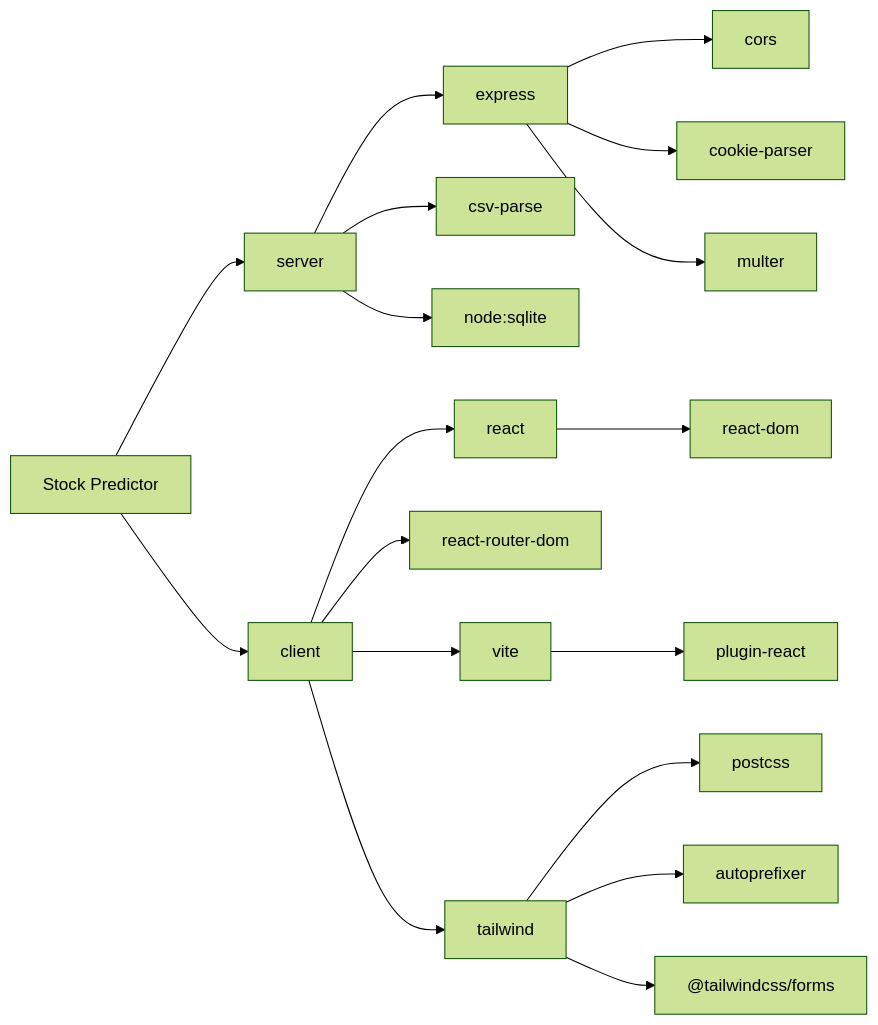
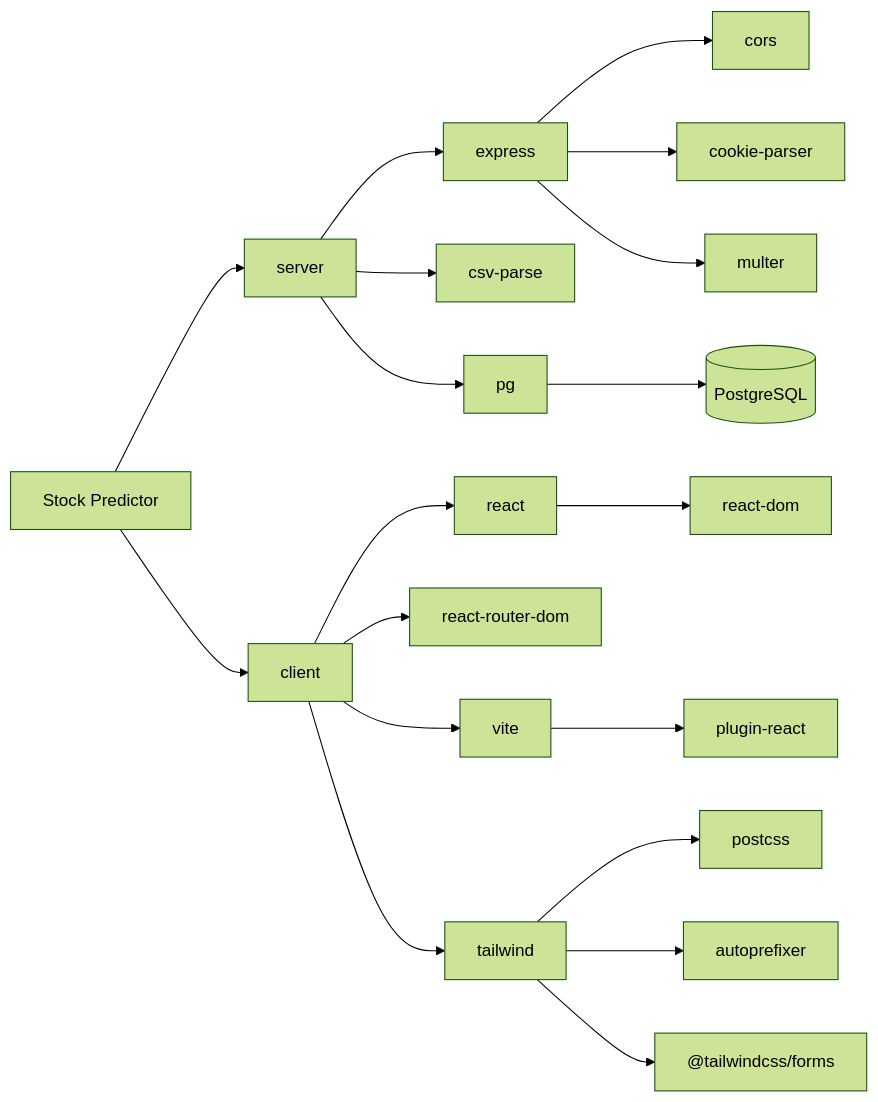
The diagram in docs/DEPENDENCIES.md (phonevilleofficial2025/stock-predictor), drawn with Mermaid (forest theme) before and after one commit. The commit also changed other lines of this file and 33 other files, not shown here.

````diff
--- a/docs/DEPENDENCIES.md
+++ b/docs/DEPENDENCIES.md
@@ -36,20 +39,21 @@
 ```mermaid
 flowchart LR
   app["Stock Predictor"] --> server
   app --> client
   server --> express
   express --> cors
   express --> cookieParser["cookie-parser"]
   express --> multer
   server --> csvparse["csv-parse"]
-  server --> sqlite["node:sqlite"]
+  server --> pg
+  pg --> postgres[("PostgreSQL")]
   client --> react
   react --> reactdom["react-dom"]
   client --> router["react-router-dom"]
   client --> vite
   vite --> plugin["plugin-react"]
   client --> tailwind
   tailwind --> postcss
   tailwind --> autoprefixer
   tailwind --> forms["@tailwindcss/forms"]
 ```
````
